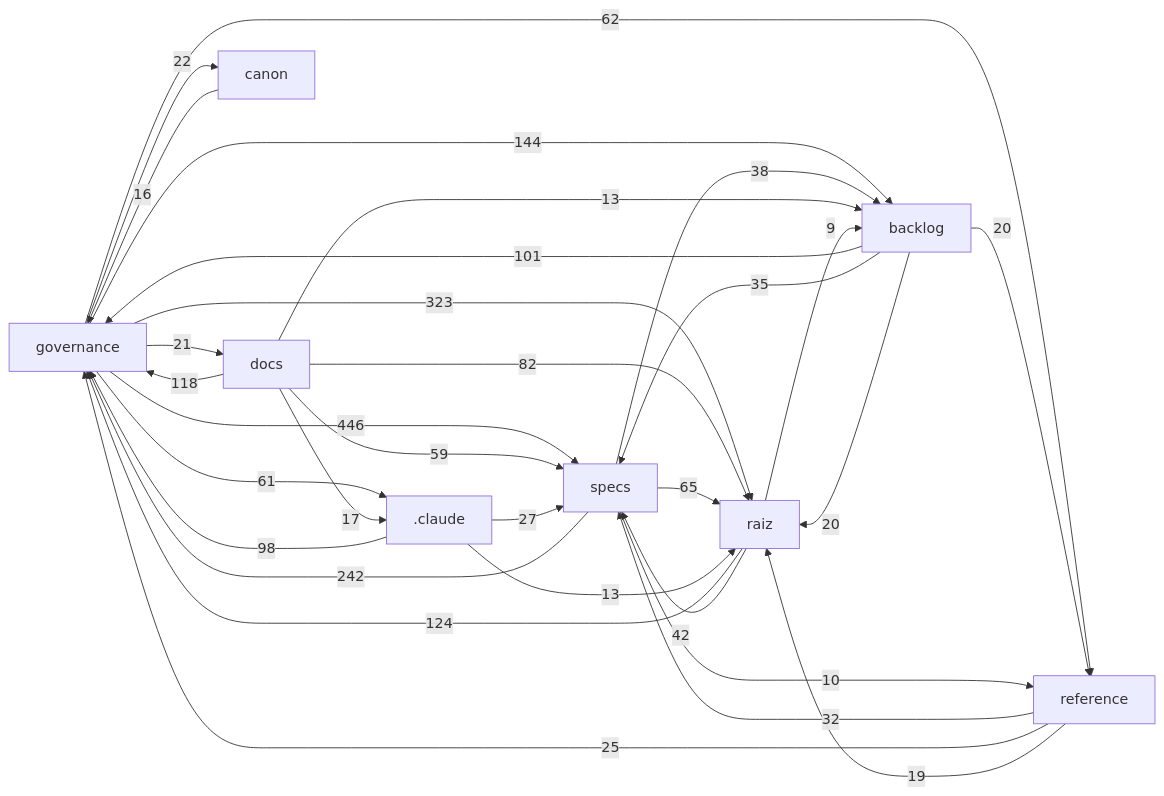
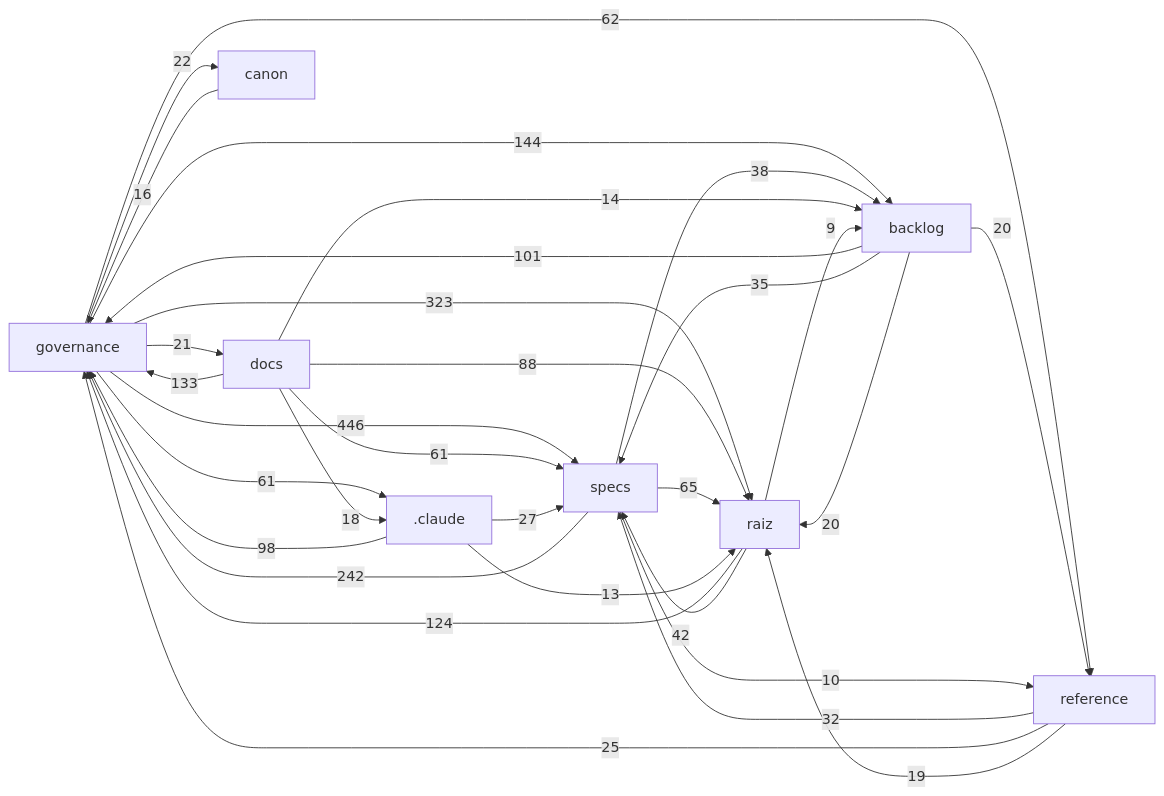
One commit to Andraus35/Sistema-Operacional-de-Trading--SOT changed the diagram in docs/mapa/MAPA-PROJETO.md. Above: the diagram before and after it, drawn with Mermaid. The commit also changed other lines of this file and 3 other files, not shown here.

````diff
--- a/docs/mapa/MAPA-PROJETO.md
+++ b/docs/mapa/MAPA-PROJETO.md
@@ -29,33 +29,33 @@
 ```mermaid
 flowchart LR
   governance["governance"] -->|446| specs["specs"]
   governance["governance"] -->|323| raiz["raiz"]
   specs["specs"] -->|242| governance["governance"]
   governance["governance"] -->|144| backlog["backlog"]
+  docs["docs"] -->|133| governance["governance"]
   raiz["raiz"] -->|124| governance["governance"]
-  docs["docs"] -->|118| governance["governance"]
   backlog["backlog"] -->|101| governance["governance"]
   _claude[".claude"] -->|98| governance["governance"]
-  docs["docs"] -->|82| raiz["raiz"]
+  docs["docs"] -->|88| raiz["raiz"]
   specs["specs"] -->|65| raiz["raiz"]
   governance["governance"] -->|62| reference["reference"]
+  docs["docs"] -->|61| specs["specs"]
   governance["governance"] -->|61| _claude[".claude"]
-  docs["docs"] -->|59| specs["specs"]
   raiz["raiz"] -->|42| specs["specs"]
   specs["specs"] -->|38| backlog["backlog"]
   backlog["backlog"] -->|35| specs["specs"]
   reference["reference"] -->|32| specs["specs"]
   _claude[".claude"] -->|27| specs["specs"]
   reference["reference"] -->|25| governance["governance"]
   governance["governance"] -->|22| canon["canon"]
   governance["governance"] -->|21| docs["docs"]
   backlog["backlog"] -->|20| raiz["raiz"]
   backlog["backlog"] -->|20| reference["reference"]
   reference["reference"] -->|19| raiz["raiz"]
-  docs["docs"] -->|17| _claude[".claude"]
+  docs["docs"] -->|18| _claude[".claude"]
   canon["canon"] -->|16| governance["governance"]
+  docs["docs"] -->|14| backlog["backlog"]
   _claude[".claude"] -->|13| raiz["raiz"]
-  docs["docs"] -->|13| backlog["backlog"]
   specs["specs"] -->|10| reference["reference"]
   raiz["raiz"] -->|9| backlog["backlog"]
 ```
````
